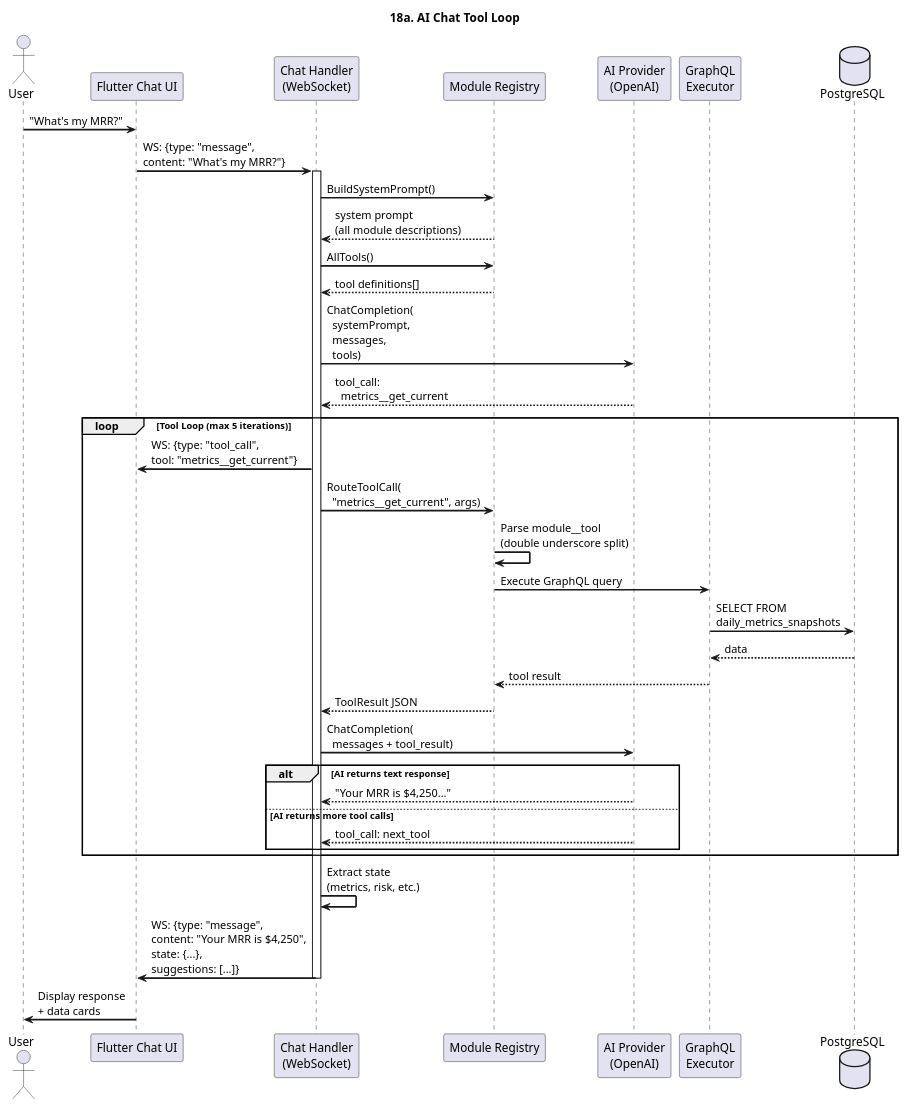
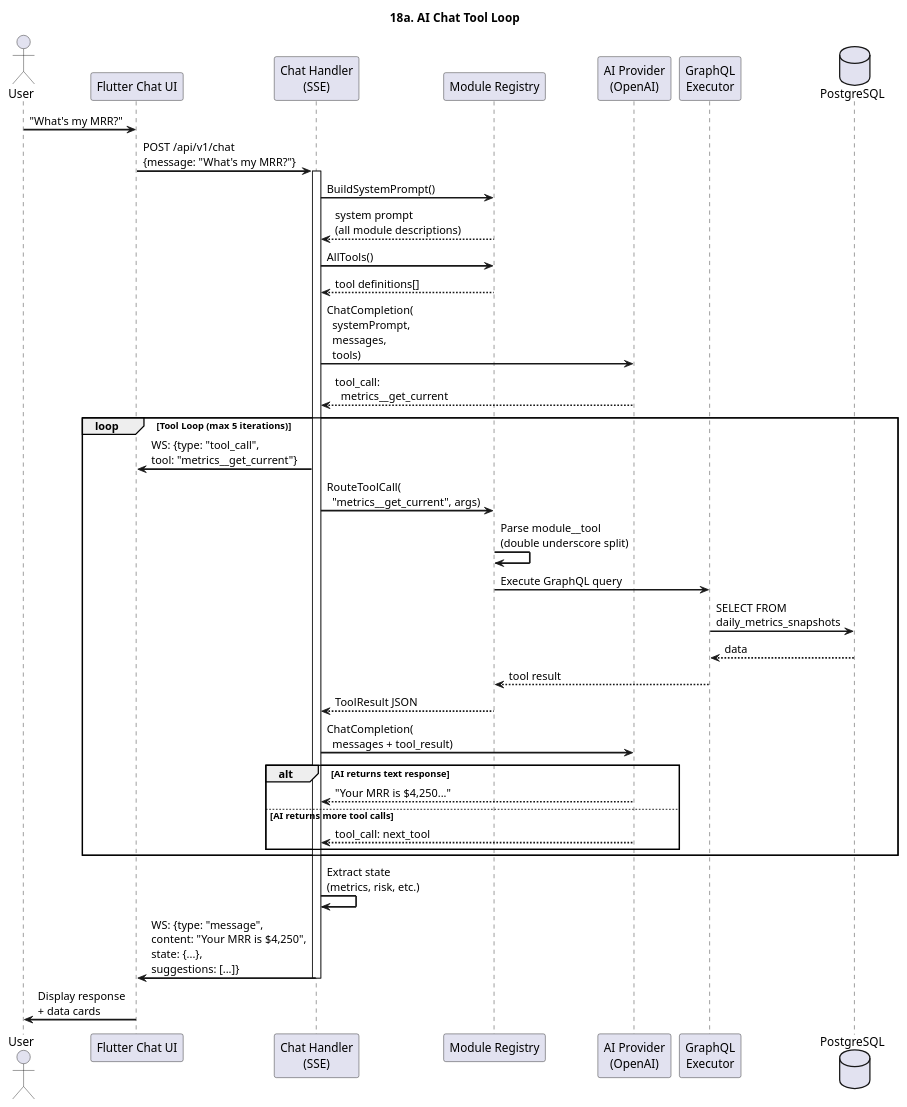
Before and after one commit to sachin-sivadasan/ledgerguard: the diagram in docs/diagrams/puml/18-ai-chat-tool-loop-sequence.puml, drawn with PlantUML. The commit also changed 7 other files, not shown here.

First line of the commit message:
docs: diagram audit — update ER, C4, sequences, endpoint map, provider graph

```diff
--- a/docs/diagrams/puml/18-ai-chat-tool-loop-sequence.puml
+++ b/docs/diagrams/puml/18-ai-chat-tool-loop-sequence.puml
@@ -1,54 +1,54 @@
 @startuml
 title 18a. AI Chat Tool Loop
 
 skinparam sequenceArrowThickness 2
 
 actor "User" as User
 participant "Flutter Chat UI" as UI
-participant "Chat Handler\n(WebSocket)" as CH
+participant "Chat Handler\n(SSE)" as CH
 participant "Module Registry" as MR
 participant "AI Provider\n(OpenAI)" as AI
 participant "GraphQL\nExecutor" as GQL
 database "PostgreSQL" as DB
 
 User -> UI: "What's my MRR?"
-UI -> CH: WS: {type: "message",\ncontent: "What's my MRR?"}
+UI -> CH: POST /api/v1/chat\n{message: "What's my MRR?"}
 activate CH
 
 CH -> MR: BuildSystemPrompt()
 MR --> CH: system prompt\n(all module descriptions)
 
 CH -> MR: AllTools()
 MR --> CH: tool definitions[]
 
 CH -> AI: ChatCompletion(\n  systemPrompt,\n  messages,\n  tools)
 AI --> CH: tool_call:\n  metrics__get_current
 
 loop Tool Loop (max 5 iterations)
   CH -> UI: WS: {type: "tool_call",\ntool: "metrics__get_current"}
 
   CH -> MR: RouteToolCall(\n  "metrics__get_current", args)
   MR -> MR: Parse module__tool\n(double underscore split)
   MR -> GQL: Execute GraphQL query
   GQL -> DB: SELECT FROM\ndaily_metrics_snapshots
   DB --> GQL: data
   GQL --> MR: tool result
   MR --> CH: ToolResult JSON
 
   CH -> AI: ChatCompletion(\n  messages + tool_result)
 
   alt AI returns text response
     AI --> CH: "Your MRR is $4,250..."
   else AI returns more tool calls
     AI --> CH: tool_call: next_tool
   end
 end
 
 CH -> CH: Extract state\n(metrics, risk, etc.)
 
 CH -> UI: WS: {type: "message",\ncontent: "Your MRR is $4,250",\nstate: {...},\nsuggestions: [...]}
 deactivate CH
 
 UI -> User: Display response\n+ data cards
 
 @enduml
```
